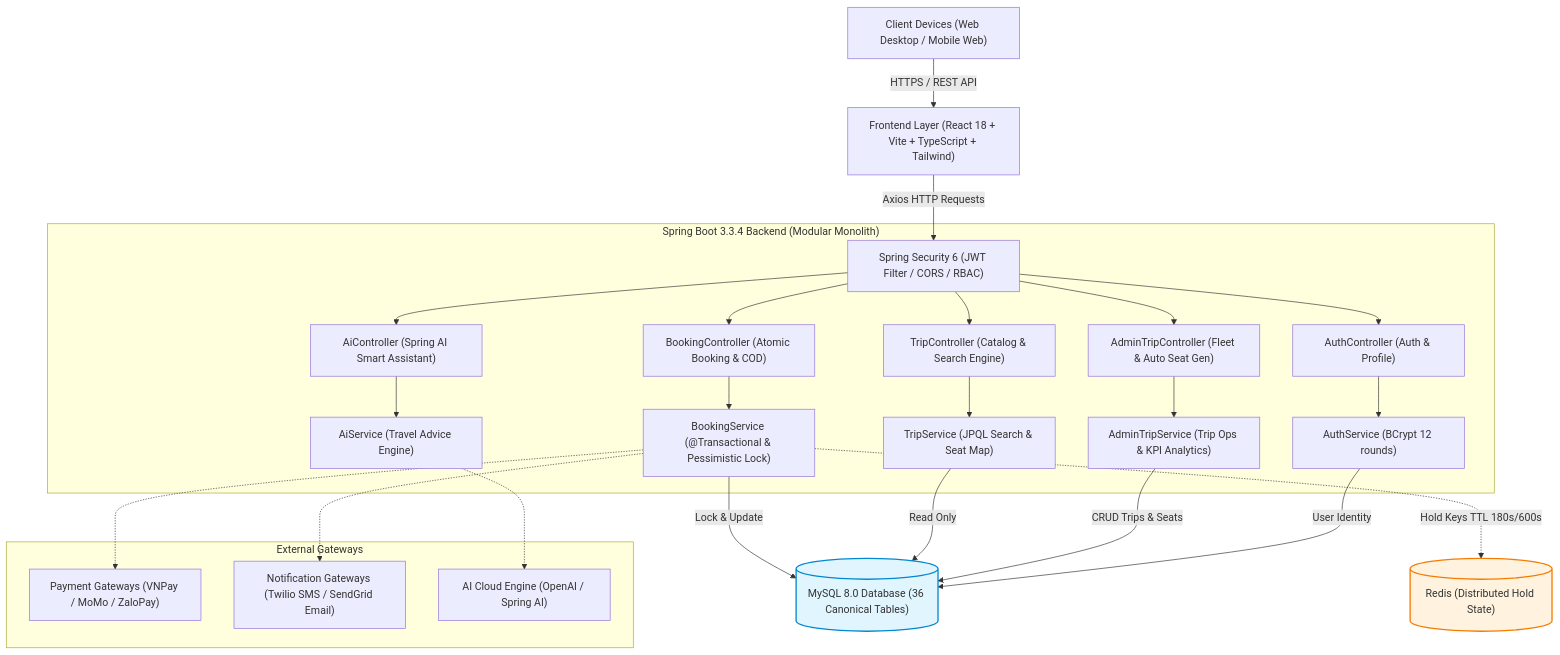
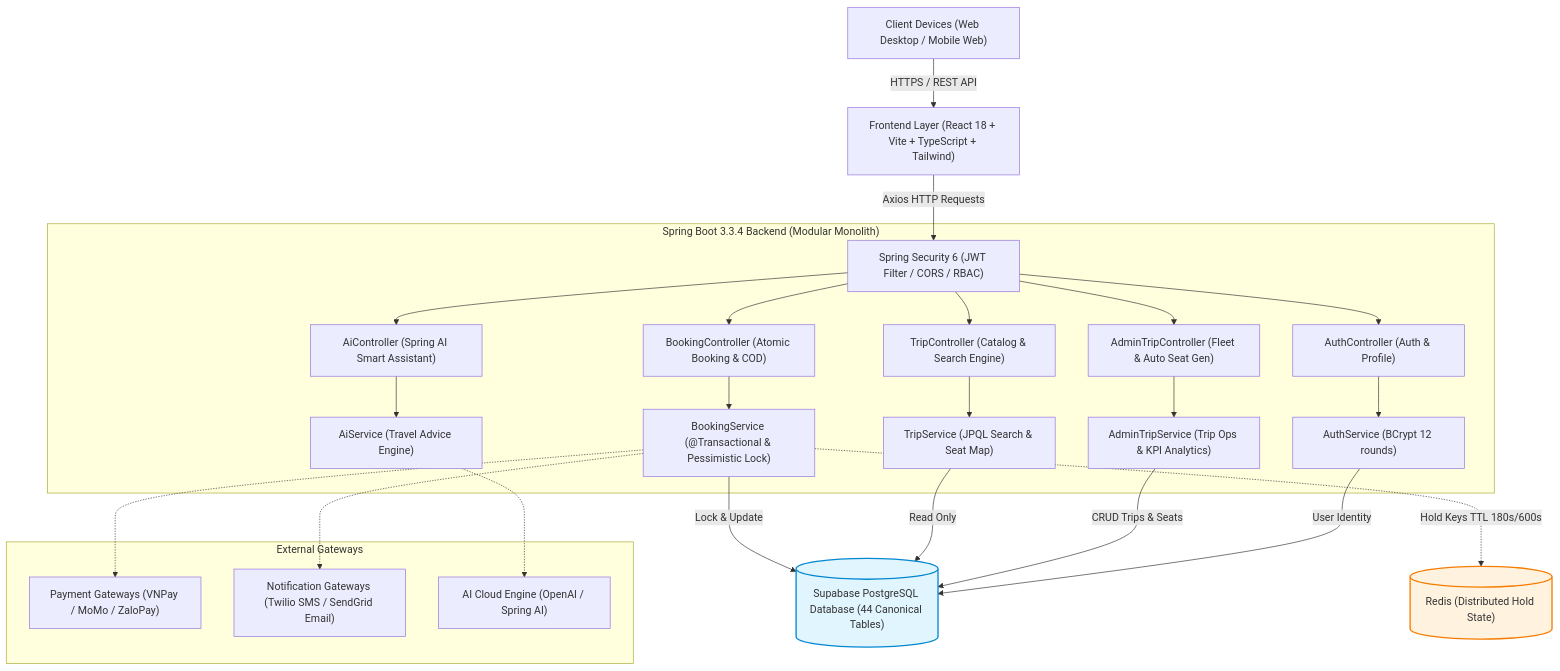
The second of 18 diagrams in README.md (phamcongthanhvn2k6/traveleasy-platform), drawn with Mermaid before and after one commit. The commit also changed other lines of this file, not shown here.

Commit message:
docs(readme): chuẩn hóa tài liệu đặc tả, CSDL Supabase PostgreSQL 44 bảng và thời lượng 4 Sprint OJT

````diff
--- a/README.md
+++ b/README.md
@@ -720,39 +719,39 @@
 ```mermaid
 graph TD
     Client["Client Devices (Web Desktop / Mobile Web)"] -->|HTTPS / REST API| Frontend["Frontend Layer (React 18 + Vite + TypeScript + Tailwind)"]
     Frontend -->|Axios HTTP Requests| API_Gateway["Spring Security 6 (JWT Filter / CORS / RBAC)"]
     
     subgraph Spring_Boot_Backend ["Spring Boot 3.3.4 Backend (Modular Monolith)"]
         API_Gateway --> AuthController["AuthController (Auth & Profile)"]
         API_Gateway --> TripController["TripController (Catalog & Search Engine)"]
         API_Gateway --> BookingController["BookingController (Atomic Booking & COD)"]
         API_Gateway --> AdminTripController["AdminTripController (Fleet & Auto Seat Gen)"]
         API_Gateway --> AiController["AiController (Spring AI Smart Assistant)"]
 
         AuthController --> AuthService["AuthService (BCrypt 12 rounds)"]
         TripController --> TripService["TripService (JPQL Search & Seat Map)"]
         BookingController --> BookingService["BookingService (@Transactional & Pessimistic Lock)"]
         AdminTripController --> AdminTripService["AdminTripService (Trip Ops & KPI Analytics)"]
         AiController --> AiService["AiService (Travel Advice Engine)"]
     end
 
-    BookingService -->|Lock & Update| MySQL_DB[("MySQL 8.0 Database (36 Canonical Tables)")]:::db
-    TripService -->|Read Only| MySQL_DB
-    AdminTripService -->|CRUD Trips & Seats| MySQL_DB
-    AuthService -->|User Identity| MySQL_DB
+    BookingService -->|Lock & Update| DB[("Supabase PostgreSQL Database (44 Canonical Tables)")]:::db
+    TripService -->|Read Only| DB
+    AdminTripService -->|CRUD Trips & Seats| DB
+    AuthService -->|User Identity| DB
 
     BookingService -.->|Hold Keys TTL 180s/600s| Redis_Cache[("Redis (Distributed Hold State)")]:::cache
 
     subgraph ThirdParty ["External Gateways"]
         Payment_Gateways["Payment Gateways (VNPay / MoMo / ZaloPay)"]
         SMS_Email["Notification Gateways (Twilio SMS / SendGrid Email)"]
         OpenAI_API["AI Cloud Engine (OpenAI / Spring AI)"]
     end
 
     BookingService -.-> Payment_Gateways
     BookingService -.-> SMS_Email
     AiService -.-> OpenAI_API
 
     classDef db fill:#e1f5fe,stroke:#0288d1,stroke-width:2px;
     classDef cache fill:#fff3e0,stroke:#f57c00,stroke-width:2px;
 ```
````
